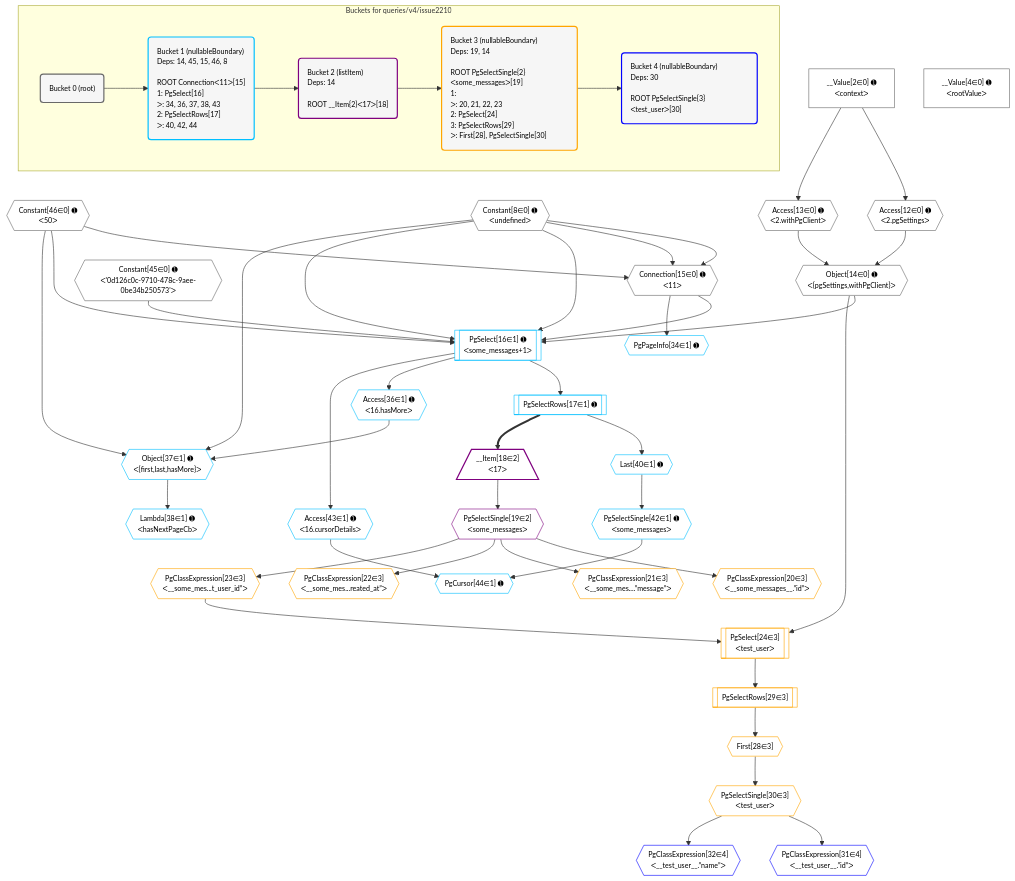
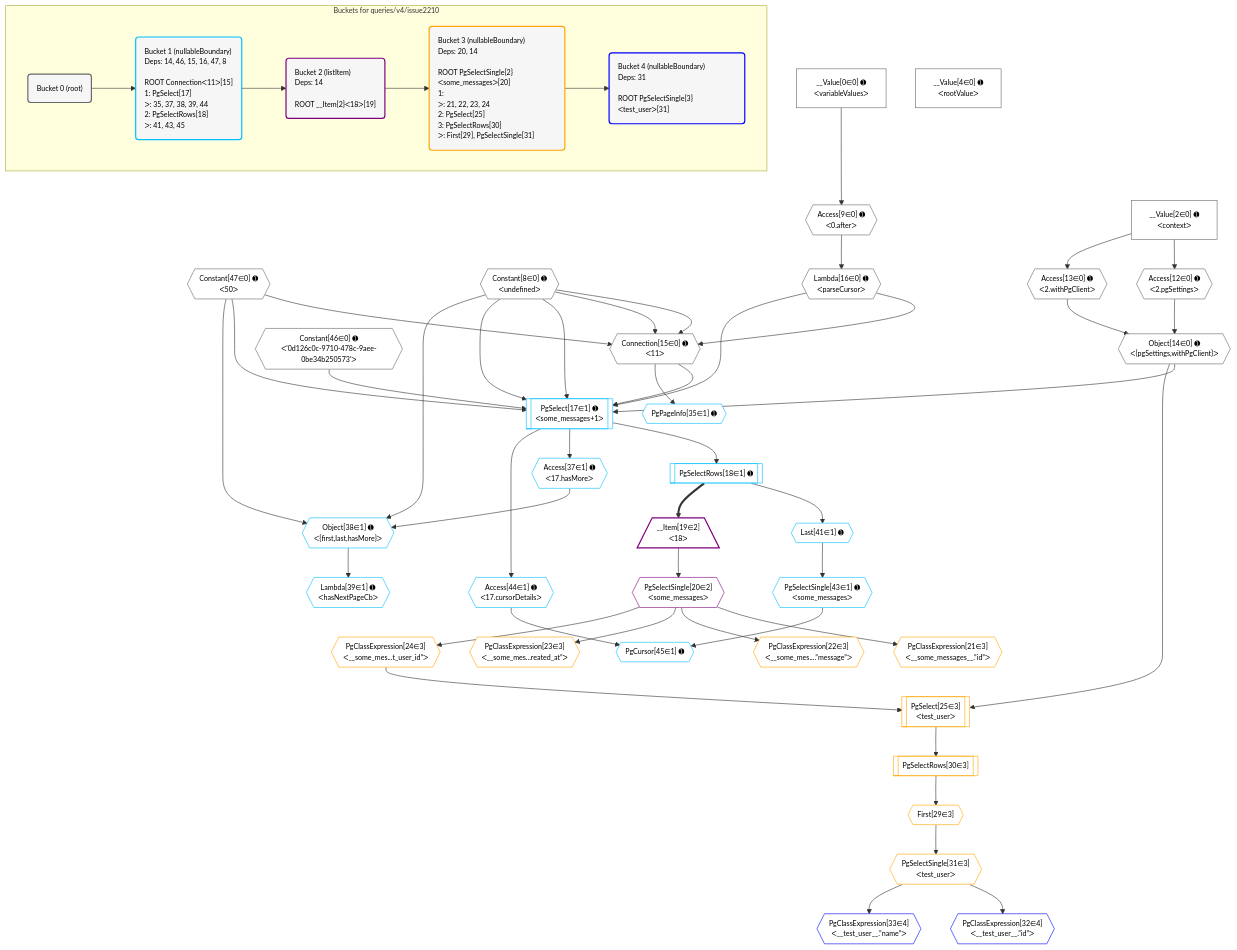
One commit to graphile/crystal changed the diagram in postgraphile/postgraphile/__tests__/queries/v4/issue2210.mermaid. Above: the diagram before and after it, drawn with Mermaid.

Commit message:
Update query plan impacted by cursor changes

```diff
--- a/postgraphile/postgraphile/__tests__/queries/v4/issue2210.mermaid
+++ b/postgraphile/postgraphile/__tests__/queries/v4/issue2210.mermaid
@@ -1,92 +1,97 @@
 %%{init: {'themeVariables': { 'fontSize': '12px'}}}%%
 graph TD
     classDef path fill:#eee,stroke:#000,color:#000
     classDef plan fill:#fff,stroke-width:1px,color:#000
     classDef itemplan fill:#fff,stroke-width:2px,color:#000
     classDef unbatchedplan fill:#dff,stroke-width:1px,color:#000
     classDef sideeffectplan fill:#fcc,stroke-width:2px,color:#000
     classDef bucket fill:#f6f6f6,color:#000,stroke-width:2px,text-align:left
 
 
     %% plan dependencies
     Connection15{{"Connection[15∈0] ➊<br />ᐸ11ᐳ"}}:::plan
-    Constant46{{"Constant[46∈0] ➊<br />ᐸ50ᐳ"}}:::plan
+    Constant47{{"Constant[47∈0] ➊<br />ᐸ50ᐳ"}}:::plan
     Constant8{{"Constant[8∈0] ➊<br />ᐸundefinedᐳ"}}:::plan
-    Constant46 & Constant8 & Constant8 --> Connection15
+    Lambda16{{"Lambda[16∈0] ➊<br />ᐸparseCursorᐳ"}}:::plan
+    Constant47 & Constant8 & Constant8 & Lambda16 --> Connection15
     Object14{{"Object[14∈0] ➊<br />ᐸ{pgSettings,withPgClient}ᐳ"}}:::plan
     Access12{{"Access[12∈0] ➊<br />ᐸ2.pgSettingsᐳ"}}:::plan
     Access13{{"Access[13∈0] ➊<br />ᐸ2.withPgClientᐳ"}}:::plan
     Access12 & Access13 --> Object14
+    Access9{{"Access[9∈0] ➊<br />ᐸ0.afterᐳ"}}:::plan
+    __Value0["__Value[0∈0] ➊<br />ᐸvariableValuesᐳ"]:::plan
+    __Value0 --> Access9
     __Value2["__Value[2∈0] ➊<br />ᐸcontextᐳ"]:::plan
     __Value2 --> Access12
     __Value2 --> Access13
+    Access9 --> Lambda16
     __Value4["__Value[4∈0] ➊<br />ᐸrootValueᐳ"]:::plan
-    Constant45{{"Constant[45∈0] ➊<br />ᐸ'0d126c0c-9710-478c-9aee-0be34b250573'ᐳ"}}:::plan
-    PgSelect16[["PgSelect[16∈1] ➊<br />ᐸsome_messages+1ᐳ"]]:::plan
-    Object14 & Constant45 & Connection15 & Constant46 & Constant8 & Constant8 --> PgSelect16
-    Object37{{"Object[37∈1] ➊<br />ᐸ{first,last,hasMore}ᐳ"}}:::plan
-    Access36{{"Access[36∈1] ➊<br />ᐸ16.hasMoreᐳ"}}:::plan
-    Constant46 & Constant8 & Access36 --> Object37
-    PgCursor44{{"PgCursor[44∈1] ➊"}}:::plan
-    PgSelectSingle42{{"PgSelectSingle[42∈1] ➊<br />ᐸsome_messagesᐳ"}}:::plan
-    Access43{{"Access[43∈1] ➊<br />ᐸ16.cursorDetailsᐳ"}}:::plan
-    PgSelectSingle42 & Access43 --> PgCursor44
-    PgSelectRows17[["PgSelectRows[17∈1] ➊"]]:::plan
-    PgSelect16 --> PgSelectRows17
-    PgPageInfo34{{"PgPageInfo[34∈1] ➊"}}:::plan
-    Connection15 --> PgPageInfo34
-    PgSelect16 --> Access36
-    Lambda38{{"Lambda[38∈1] ➊<br />ᐸhasNextPageCbᐳ"}}:::plan
-    Object37 --> Lambda38
-    Last40{{"Last[40∈1] ➊"}}:::plan
-    PgSelectRows17 --> Last40
-    Last40 --> PgSelectSingle42
-    PgSelect16 --> Access43
-    __Item18[/"__Item[18∈2]<br />ᐸ17ᐳ"\]:::itemplan
-    PgSelectRows17 ==> __Item18
-    PgSelectSingle19{{"PgSelectSingle[19∈2]<br />ᐸsome_messagesᐳ"}}:::plan
-    __Item18 --> PgSelectSingle19
-    PgSelect24[["PgSelect[24∈3]<br />ᐸtest_userᐳ"]]:::plan
-    PgClassExpression23{{"PgClassExpression[23∈3]<br />ᐸ__some_mes...t_user_id”ᐳ"}}:::plan
-    Object14 & PgClassExpression23 --> PgSelect24
-    PgClassExpression20{{"PgClassExpression[20∈3]<br />ᐸ__some_messages__.”id”ᐳ"}}:::plan
-    PgSelectSingle19 --> PgClassExpression20
-    PgClassExpression21{{"PgClassExpression[21∈3]<br />ᐸ__some_mes....”message”ᐳ"}}:::plan
-    PgSelectSingle19 --> PgClassExpression21
-    PgClassExpression22{{"PgClassExpression[22∈3]<br />ᐸ__some_mes...reated_at”ᐳ"}}:::plan
-    PgSelectSingle19 --> PgClassExpression22
-    PgSelectSingle19 --> PgClassExpression23
-    First28{{"First[28∈3]"}}:::plan
-    PgSelectRows29[["PgSelectRows[29∈3]"]]:::plan
-    PgSelectRows29 --> First28
-    PgSelect24 --> PgSelectRows29
-    PgSelectSingle30{{"PgSelectSingle[30∈3]<br />ᐸtest_userᐳ"}}:::plan
-    First28 --> PgSelectSingle30
-    PgClassExpression31{{"PgClassExpression[31∈4]<br />ᐸ__test_user__.”id”ᐳ"}}:::plan
-    PgSelectSingle30 --> PgClassExpression31
-    PgClassExpression32{{"PgClassExpression[32∈4]<br />ᐸ__test_user__.”name”ᐳ"}}:::plan
-    PgSelectSingle30 --> PgClassExpression32
+    Constant46{{"Constant[46∈0] ➊<br />ᐸ'0d126c0c-9710-478c-9aee-0be34b250573'ᐳ"}}:::plan
+    PgSelect17[["PgSelect[17∈1] ➊<br />ᐸsome_messages+1ᐳ"]]:::plan
+    Object14 & Constant46 & Connection15 & Lambda16 & Constant47 & Constant8 & Constant8 --> PgSelect17
+    Object38{{"Object[38∈1] ➊<br />ᐸ{first,last,hasMore}ᐳ"}}:::plan
+    Access37{{"Access[37∈1] ➊<br />ᐸ17.hasMoreᐳ"}}:::plan
+    Constant47 & Constant8 & Access37 --> Object38
+    PgCursor45{{"PgCursor[45∈1] ➊"}}:::plan
+    PgSelectSingle43{{"PgSelectSingle[43∈1] ➊<br />ᐸsome_messagesᐳ"}}:::plan
+    Access44{{"Access[44∈1] ➊<br />ᐸ17.cursorDetailsᐳ"}}:::plan
+    PgSelectSingle43 & Access44 --> PgCursor45
+    PgSelectRows18[["PgSelectRows[18∈1] ➊"]]:::plan
+    PgSelect17 --> PgSelectRows18
+    PgPageInfo35{{"PgPageInfo[35∈1] ➊"}}:::plan
+    Connection15 --> PgPageInfo35
+    PgSelect17 --> Access37
+    Lambda39{{"Lambda[39∈1] ➊<br />ᐸhasNextPageCbᐳ"}}:::plan
+    Object38 --> Lambda39
+    Last41{{"Last[41∈1] ➊"}}:::plan
+    PgSelectRows18 --> Last41
+    Last41 --> PgSelectSingle43
+    PgSelect17 --> Access44
+    __Item19[/"__Item[19∈2]<br />ᐸ18ᐳ"\]:::itemplan
+    PgSelectRows18 ==> __Item19
+    PgSelectSingle20{{"PgSelectSingle[20∈2]<br />ᐸsome_messagesᐳ"}}:::plan
+    __Item19 --> PgSelectSingle20
+    PgSelect25[["PgSelect[25∈3]<br />ᐸtest_userᐳ"]]:::plan
+    PgClassExpression24{{"PgClassExpression[24∈3]<br />ᐸ__some_mes...t_user_id”ᐳ"}}:::plan
+    Object14 & PgClassExpression24 --> PgSelect25
+    PgClassExpression21{{"PgClassExpression[21∈3]<br />ᐸ__some_messages__.”id”ᐳ"}}:::plan
+    PgSelectSingle20 --> PgClassExpression21
+    PgClassExpression22{{"PgClassExpression[22∈3]<br />ᐸ__some_mes....”message”ᐳ"}}:::plan
+    PgSelectSingle20 --> PgClassExpression22
+    PgClassExpression23{{"PgClassExpression[23∈3]<br />ᐸ__some_mes...reated_at”ᐳ"}}:::plan
+    PgSelectSingle20 --> PgClassExpression23
+    PgSelectSingle20 --> PgClassExpression24
+    First29{{"First[29∈3]"}}:::plan
+    PgSelectRows30[["PgSelectRows[30∈3]"]]:::plan
+    PgSelectRows30 --> First29
+    PgSelect25 --> PgSelectRows30
+    PgSelectSingle31{{"PgSelectSingle[31∈3]<br />ᐸtest_userᐳ"}}:::plan
+    First29 --> PgSelectSingle31
+    PgClassExpression32{{"PgClassExpression[32∈4]<br />ᐸ__test_user__.”id”ᐳ"}}:::plan
+    PgSelectSingle31 --> PgClassExpression32
+    PgClassExpression33{{"PgClassExpression[33∈4]<br />ᐸ__test_user__.”name”ᐳ"}}:::plan
+    PgSelectSingle31 --> PgClassExpression33
 
     %% define steps
 
     subgraph "Buckets for queries/v4/issue2210"
     Bucket0("Bucket 0 (root)"):::bucket
     classDef bucket0 stroke:#696969
-    class Bucket0,__Value2,__Value4,Constant8,Access12,Access13,Object14,Connection15,Constant45,Constant46 bucket0
-    Bucket1("Bucket 1 (nullableBoundary)<br />Deps: 14, 45, 15, 46, 8<br /><br />ROOT Connectionᐸ11ᐳ[15]<br />1: PgSelect[16]<br />ᐳ: 34, 36, 37, 38, 43<br />2: PgSelectRows[17]<br />ᐳ: 40, 42, 44"):::bucket
+    class Bucket0,__Value0,__Value2,__Value4,Constant8,Access9,Access12,Access13,Object14,Connection15,Lambda16,Constant46,Constant47 bucket0
+    Bucket1("Bucket 1 (nullableBoundary)<br />Deps: 14, 46, 15, 16, 47, 8<br /><br />ROOT Connectionᐸ11ᐳ[15]<br />1: PgSelect[17]<br />ᐳ: 35, 37, 38, 39, 44<br />2: PgSelectRows[18]<br />ᐳ: 41, 43, 45"):::bucket
     classDef bucket1 stroke:#00bfff
-    class Bucket1,PgSelect16,PgSelectRows17,PgPageInfo34,Access36,Object37,Lambda38,Last40,PgSelectSingle42,Access43,PgCursor44 bucket1
-    Bucket2("Bucket 2 (listItem)<br />Deps: 14<br /><br />ROOT __Item{2}ᐸ17ᐳ[18]"):::bucket
+    class Bucket1,PgSelect17,PgSelectRows18,PgPageInfo35,Access37,Object38,Lambda39,Last41,PgSelectSingle43,Access44,PgCursor45 bucket1
+    Bucket2("Bucket 2 (listItem)<br />Deps: 14<br /><br />ROOT __Item{2}ᐸ18ᐳ[19]"):::bucket
     classDef bucket2 stroke:#7f007f
-    class Bucket2,__Item18,PgSelectSingle19 bucket2
-    Bucket3("Bucket 3 (nullableBoundary)<br />Deps: 19, 14<br /><br />ROOT PgSelectSingle{2}ᐸsome_messagesᐳ[19]<br />1: <br />ᐳ: 20, 21, 22, 23<br />2: PgSelect[24]<br />3: PgSelectRows[29]<br />ᐳ: First[28], PgSelectSingle[30]"):::bucket
+    class Bucket2,__Item19,PgSelectSingle20 bucket2
+    Bucket3("Bucket 3 (nullableBoundary)<br />Deps: 20, 14<br /><br />ROOT PgSelectSingle{2}ᐸsome_messagesᐳ[20]<br />1: <br />ᐳ: 21, 22, 23, 24<br />2: PgSelect[25]<br />3: PgSelectRows[30]<br />ᐳ: First[29], PgSelectSingle[31]"):::bucket
     classDef bucket3 stroke:#ffa500
-    class Bucket3,PgClassExpression20,PgClassExpression21,PgClassExpression22,PgClassExpression23,PgSelect24,First28,PgSelectRows29,PgSelectSingle30 bucket3
-    Bucket4("Bucket 4 (nullableBoundary)<br />Deps: 30<br /><br />ROOT PgSelectSingle{3}ᐸtest_userᐳ[30]"):::bucket
+    class Bucket3,PgClassExpression21,PgClassExpression22,PgClassExpression23,PgClassExpression24,PgSelect25,First29,PgSelectRows30,PgSelectSingle31 bucket3
+    Bucket4("Bucket 4 (nullableBoundary)<br />Deps: 31<br /><br />ROOT PgSelectSingle{3}ᐸtest_userᐳ[31]"):::bucket
     classDef bucket4 stroke:#0000ff
-    class Bucket4,PgClassExpression31,PgClassExpression32 bucket4
+    class Bucket4,PgClassExpression32,PgClassExpression33 bucket4
     Bucket0 --> Bucket1
     Bucket1 --> Bucket2
     Bucket2 --> Bucket3
     Bucket3 --> Bucket4
     end
```
